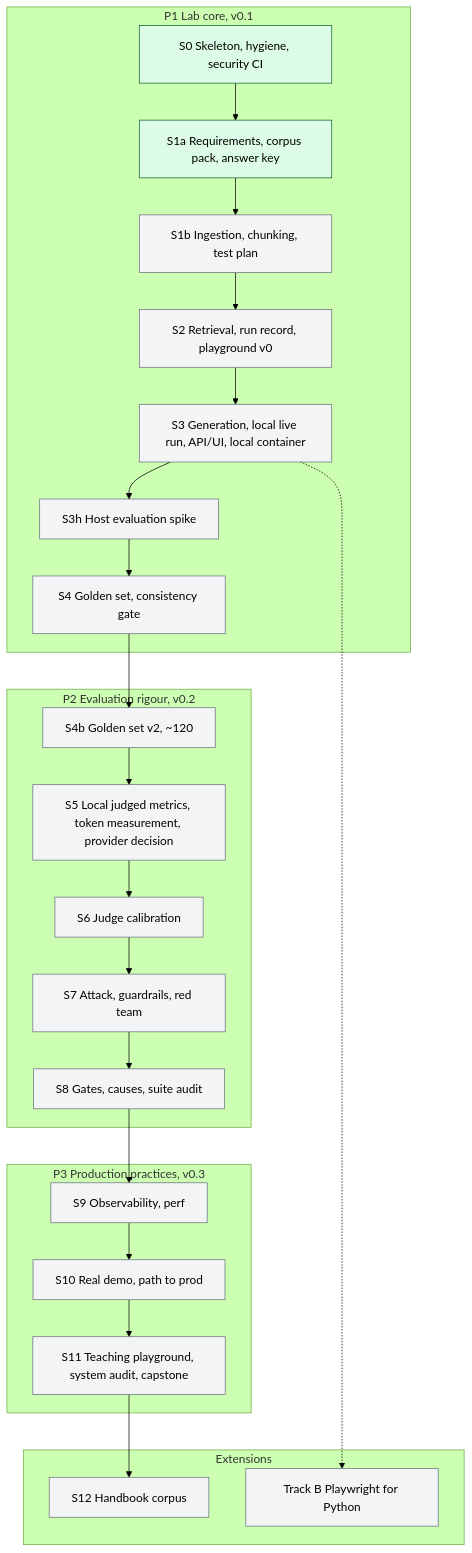
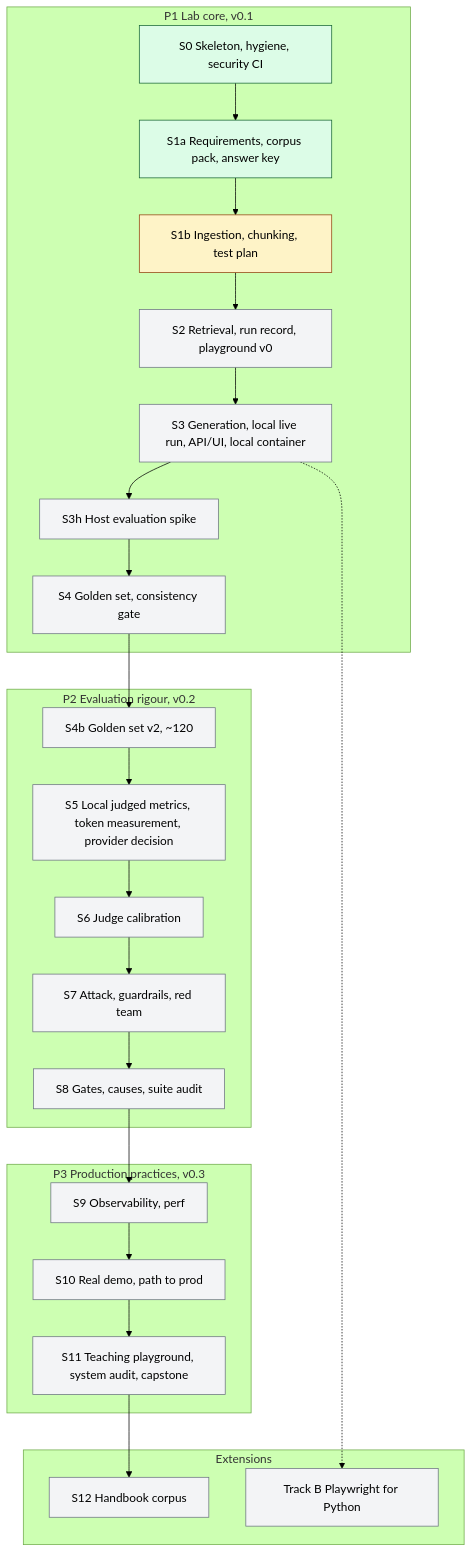
Before and after one commit to willcoliveira/ai-testing-rag-lab: the diagram in README.md, drawn with Mermaid (forest theme). The commit also changed 2 other files, not shown here.

Commit message:
docs(s1b): add the approved S1b plan and mark the stage in progress

````diff
--- a/README.md
+++ b/README.md
@@ -21,25 +21,26 @@
 ```mermaid
 flowchart TB
   subgraph P1[P1 Lab core, v0.1]
     S0[S0 Skeleton, hygiene, security CI] --> S1a[S1a Requirements, corpus pack, answer key] --> S1b[S1b Ingestion, chunking, test plan] --> S2[S2 Retrieval, run record, playground v0] --> S3[S3 Generation, local live run, API/UI, local container] --> S3h[S3h Host evaluation spike] --> S4[S4 Golden set, consistency gate]
   end
   subgraph P2[P2 Evaluation rigour, v0.2]
     S4b[S4b Golden set v2, ~120] --> S5[S5 Local judged metrics, token measurement, provider decision] --> S6[S6 Judge calibration] --> S7[S7 Attack, guardrails, red team] --> S8[S8 Gates, causes, suite audit]
   end
   subgraph P3[P3 Production practices, v0.3]
     S9[S9 Observability, perf] --> S10[S10 Real demo, path to prod] --> S11[S11 Teaching playground, system audit, capstone]
   end
   subgraph EXT[Extensions]
     S12[S12 Handbook corpus]
     B[Track B Playwright for Python]
   end
   S4 --> S4b
   S8 --> S9
   S11 --> S12
   S3 -.-> B
   classDef todo fill:#f3f4f6,stroke:#6b7280
   classDef wip fill:#fef3c7,stroke:#92400e
   classDef done fill:#dcfce7,stroke:#166534
   class S0,S1a done
-  class S1b,S2,S3,S3h,S4,S4b,S5,S6,S7,S8,S9,S10,S11,S12,B todo
+  class S1b wip
+  class S2,S3,S3h,S4,S4b,S5,S6,S7,S8,S9,S10,S11,S12,B todo
 ```
````
